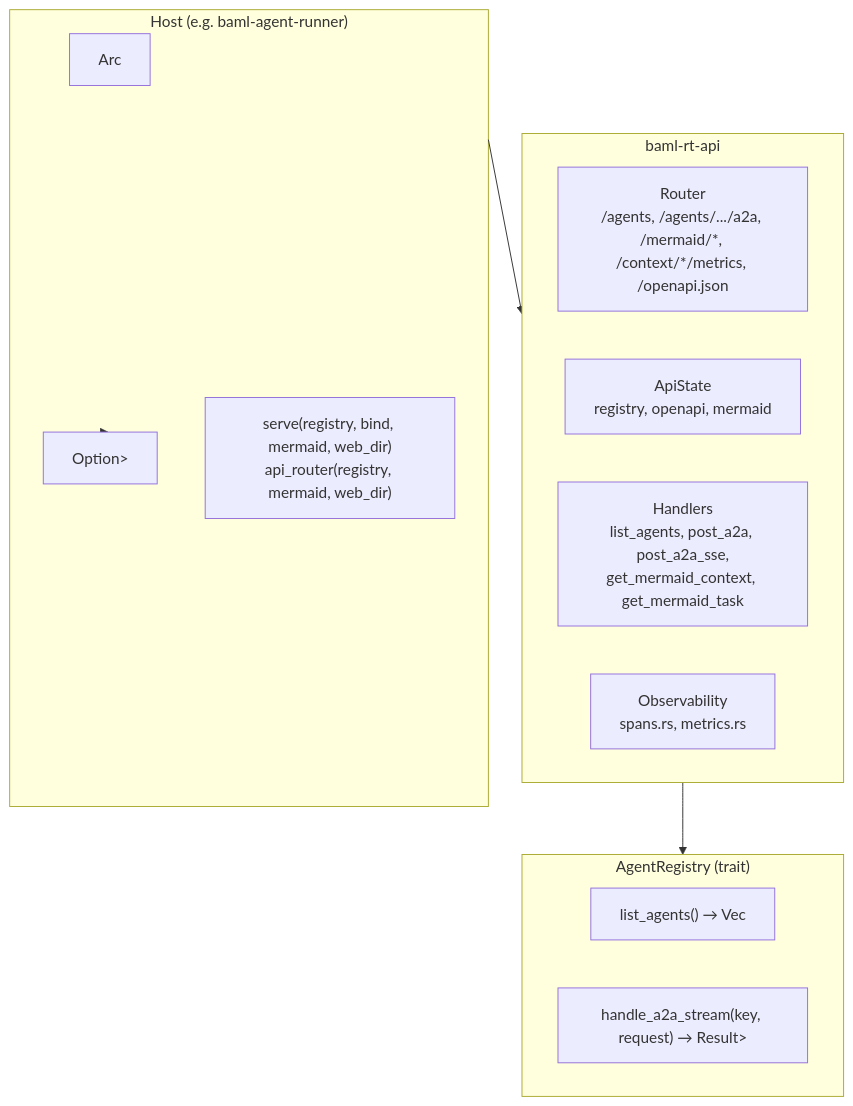
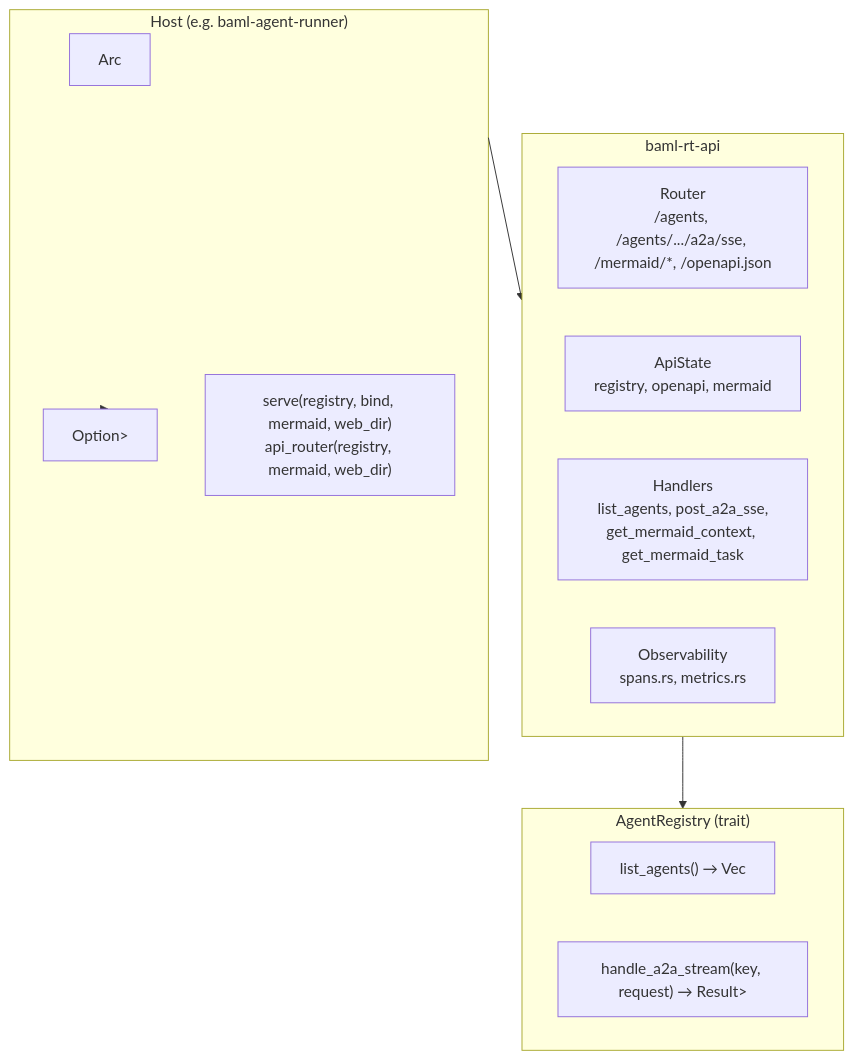
The diagram in crates/baml-rt-api/README.md (semiotic-agentium/agentium-os), drawn with Mermaid before and after one commit. The commit also changed other lines of this file and 28 other files, not shown here.

First line of the commit message:
fix(provenance): align graph storage and API persistence boundaries

````diff
--- a/crates/baml-rt-api/README.md
+++ b/crates/baml-rt-api/README.md
@@ -9,24 +9,24 @@
 ```mermaid
 flowchart TB
   subgraph Host["Host (e.g. baml-agent-runner)"]
     Registry["Arc<dyn AgentRegistry>"]
     Mermaid["Option<Arc<dyn MermaidService>>"]
     Entry["serve(registry, bind, mermaid, web_dir)\napi_router(registry, mermaid, web_dir)"]
   end
 
   subgraph API["baml-rt-api"]
-    Router["Router\n/agents, /agents/.../a2a, /mermaid/*, /context/*/metrics, /openapi.json"]
+    Router["Router\n/agents, /agents/.../a2a/sse, /mermaid/*, /openapi.json"]
     State["ApiState\nregistry, openapi, mermaid"]
-    Handlers["Handlers\nlist_agents, post_a2a, post_a2a_sse,\nget_mermaid_context, get_mermaid_task"]
+    Handlers["Handlers\nlist_agents, post_a2a_sse,\nget_mermaid_context, get_mermaid_task"]
     Obs["Observability\nspans.rs, metrics.rs"]
   end
 
   subgraph Trait["AgentRegistry (trait)"]
     List["list_agents() → Vec<AgentDiscoveryEntry>"]
     A2a["handle_a2a_stream(key, request) → Result<BusStream<Value>>"]
   end
 
   Host --> API
   Host --> Mermaid
   API --> Trait
 ```
````
